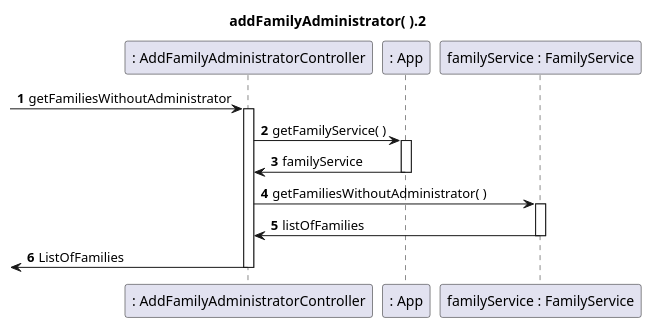
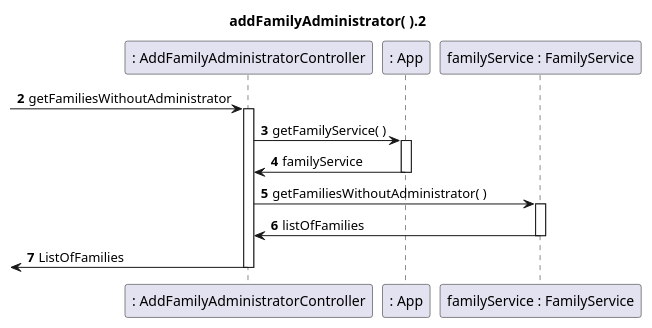
Before and after one commit to tomas-osswald/switch_2020_g3: the third of 5 diagrams in docs/US011_AddFamilyAdministrator.md, drawn with PlantUML. The commit also changed other lines of this file and 3 other files, not shown here.

Commit message:
AddFamilyAdministratorController method to create a family member that is an administrator. Update to sequence diagrams in documentation.

````diff
--- a/docs/US011_AddFamilyAdministrator.md
+++ b/docs/US011_AddFamilyAdministrator.md
@@ -116,21 +115,21 @@
 ```puml
-autonumber
+autonumber 2
 title addFamilyAdministrator( ).2
 
 participant ": AddFamilyAdministratorController" as controller
 participant ": App" as app
 participant "familyService : FamilyService" as familyService
 
 -> controller : getFamiliesWithoutAdministrator
 activate controller
 controller -> app : getFamilyService( )
 activate app
 app -> controller : familyService
 deactivate app
 controller -> familyService: getFamiliesWithoutAdministrator( )
 activate familyService
 familyService -> controller: listOfFamilies
 deactivate familyService
 <- controller : ListOfFamilies
 deactivate controller 
 ```
````
